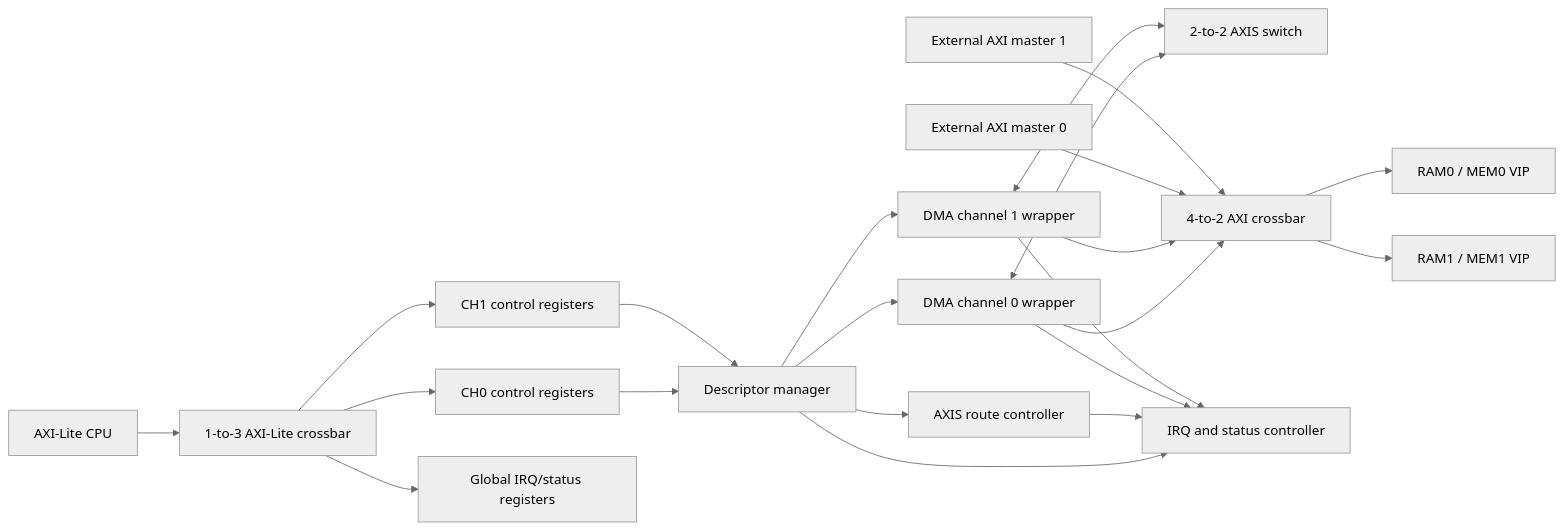
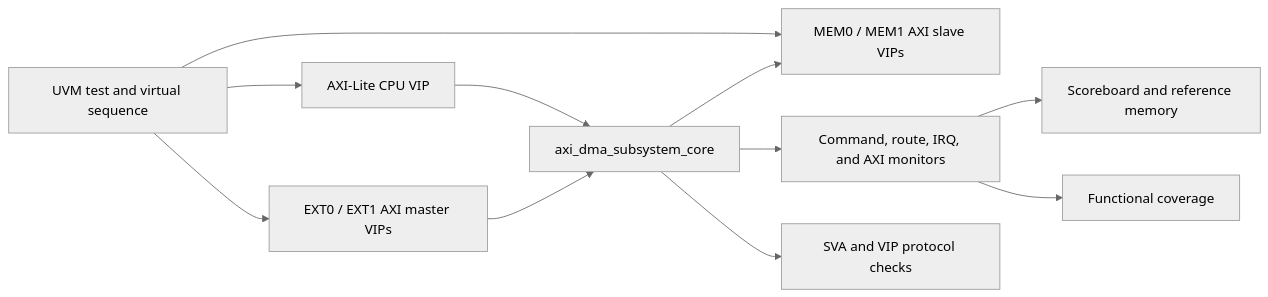
The diagram in axi_dma_subsystem_verification/README.md (wind-zinc/axi4-dma-subsystem-verification), drawn with Mermaid (neutral theme) before and after one commit. The commit also changed other lines of this file and 15 other files, not shown here.

````diff
--- a/axi_dma_subsystem_verification/README.md
+++ b/axi_dma_subsystem_verification/README.md
@@ -64,28 +85,13 @@
 ```mermaid
 flowchart LR
-    CPU["AXI-Lite CPU"] --> LX["1-to-3 AXI-Lite crossbar"]
-    LX --> R0["CH0 control registers"]
-    LX --> R1["CH1 control registers"]
-    LX --> GR["Global IRQ/status registers"]
-
-    R0 --> DM["Descriptor manager"]
-    R1 --> DM
-    DM --> RC["AXIS route controller"]
-    DM --> D0["DMA channel 0 wrapper"]
-    DM --> D1["DMA channel 1 wrapper"]
-
-    D0 <--> SX["2-to-2 AXIS switch"]
-    D1 <--> SX
-
-    D0 --> AX["4-to-2 AXI crossbar"]
-    D1 --> AX
-    E0["External AXI master 0"] --> AX
-    E1["External AXI master 1"] --> AX
-    AX --> M0["RAM0 / MEM0 VIP"]
-    AX --> M1["RAM1 / MEM1 VIP"]
-
-    DM --> IRQ["IRQ and status controller"]
-    RC --> IRQ
-    D0 --> IRQ
-    D1 --> IRQ
+    TEST["UVM test and virtual sequence"] --> AXIL["AXI-Lite CPU VIP"]
+    TEST --> EXT["EXT0 / EXT1 AXI master VIPs"]
+    TEST --> MEM["MEM0 / MEM1 AXI slave VIPs"]
+    AXIL --> DUT["axi_dma_subsystem_core"]
+    EXT --> DUT
+    DUT --> MEM
+    DUT --> MON["Command, route, IRQ, and AXI monitors"]
+    MON --> SCB["Scoreboard and reference memory"]
+    MON --> COV["Functional coverage"]
+    DUT --> SVA["SVA and VIP protocol checks"]
 ```
````
